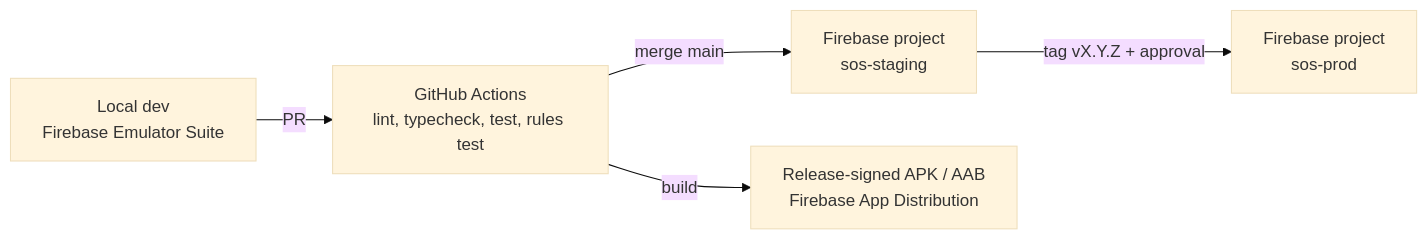
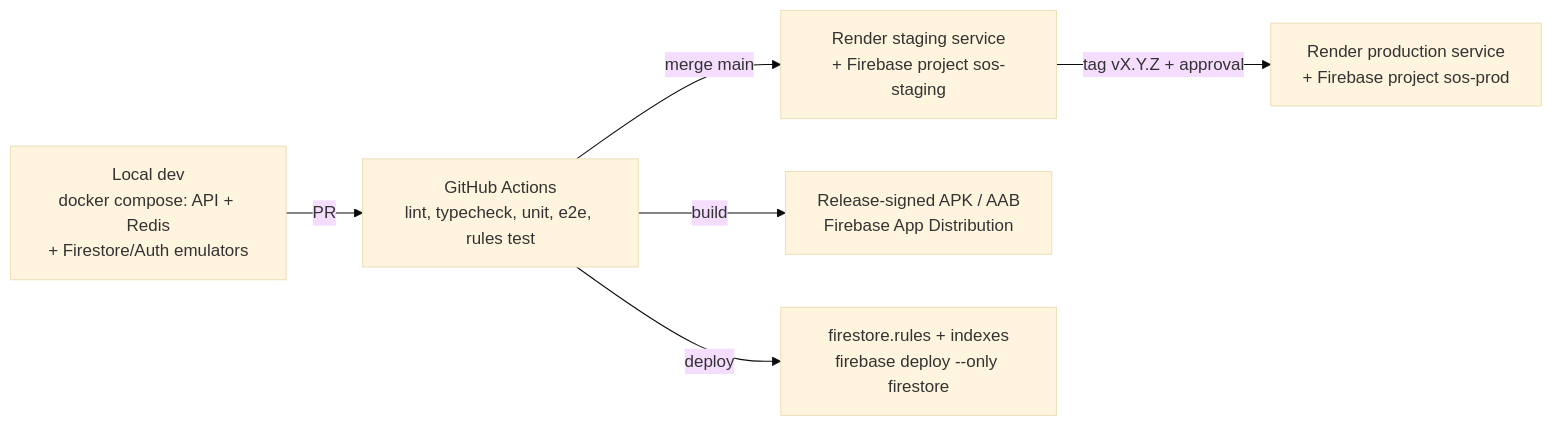
The fifth of 5 diagrams in docs/03-design/hld.md (dunguyen-311201/graduation-project), drawn with Mermaid (base theme) before and after one commit. The commit also changed other lines of this file and 14 other files, not shown here.

First line of the commit message:
docs: ADR-0013 keep Firestore; align HLD/LLD/roadmap with NestJS API

````diff
--- a/docs/03-design/hld.md
+++ b/docs/03-design/hld.md
@@ -161,7 +166,8 @@
 ```mermaid
 flowchart LR
-  DEV[Local dev<br/>Firebase Emulator Suite] -->|PR| CI[GitHub Actions<br/>lint, typecheck, test, rules test]
-  CI -->|merge main| STG[Firebase project<br/>sos-staging]
-  STG -->|tag vX.Y.Z + approval| PRD[Firebase project<br/>sos-prod]
+  DEV[Local dev<br/>docker compose: API + Redis<br/>+ Firestore/Auth emulators] -->|PR| CI[GitHub Actions<br/>lint, typecheck, unit, e2e, rules test]
+  CI -->|merge main| STG[Render staging service<br/>+ Firebase project sos-staging]
+  STG -->|tag vX.Y.Z + approval| PRD[Render production service<br/>+ Firebase project sos-prod]
   CI -->|build| APK[Release-signed APK / AAB<br/>Firebase App Distribution]
+  CI -->|deploy| RULES[firestore.rules + indexes<br/>firebase deploy --only firestore]
 ```
````
